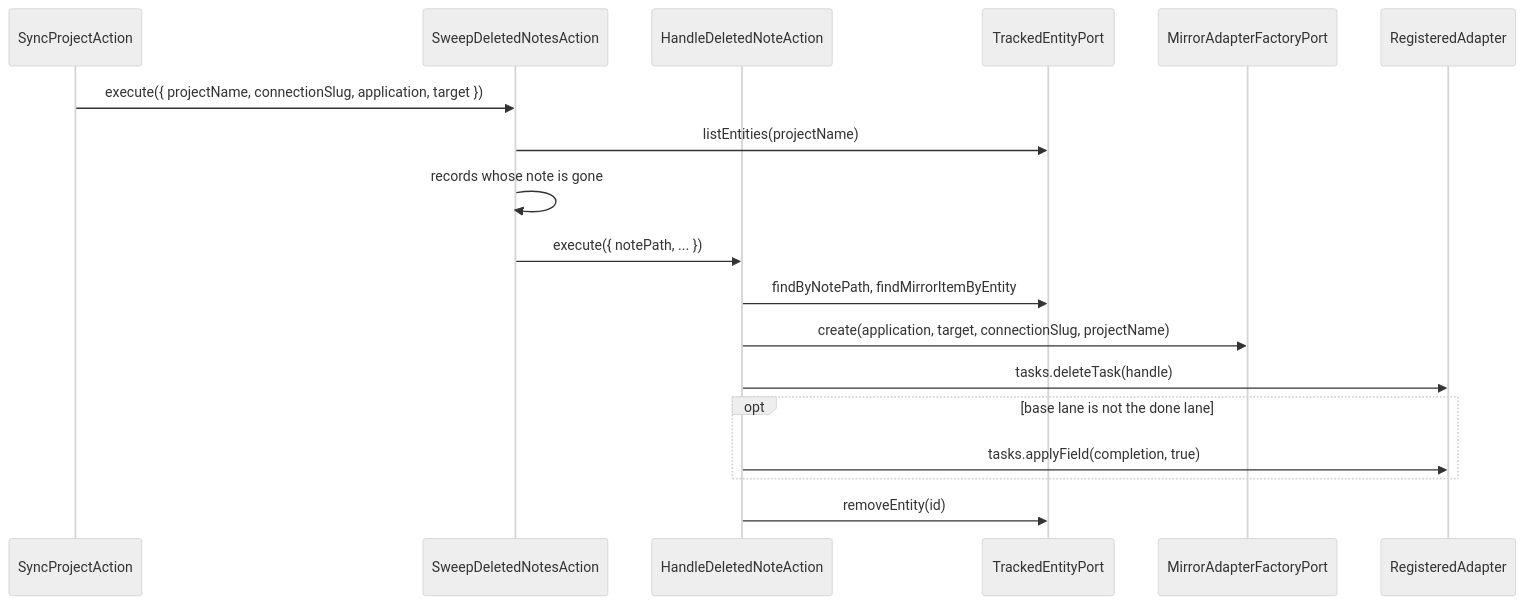
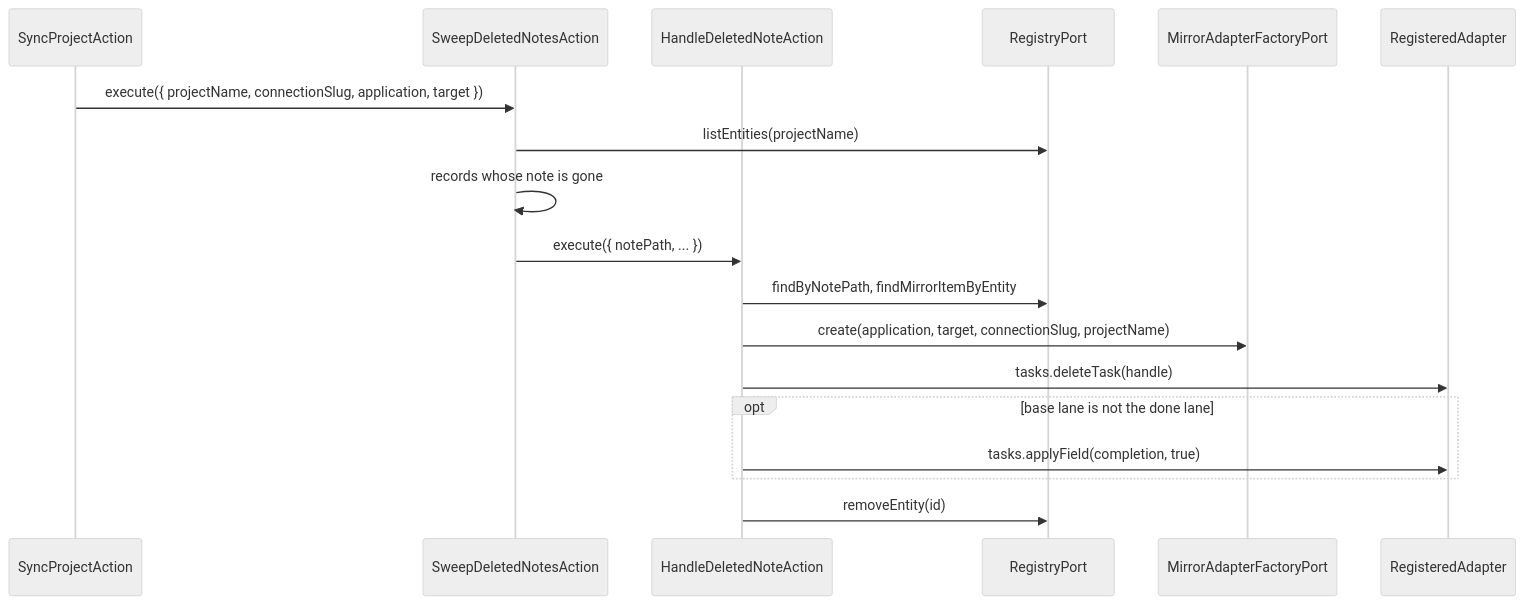
Diagram 16 of 18 in docs/developer-manual.md (99linesofcode/obsidian-project-management), drawn with Mermaid (neutral theme) before and after one commit. The commit also changed other lines of this file and 39 other files, not shown here.

First line of the commit message:
refactor(registry): collapse the registry ports into one RegistryPort

````diff
--- a/docs/developer-manual.md
+++ b/docs/developer-manual.md
@@ -749,21 +749,21 @@
 ```mermaid
 sequenceDiagram
   participant SP as SyncProjectAction
   participant Sweep as SweepDeletedNotesAction
   participant HD as HandleDeletedNoteAction
-  participant SS as TrackedEntityPort
+  participant SS as RegistryPort
   participant F as MirrorAdapterFactoryPort
   participant R as RegisteredAdapter
 
   SP->>Sweep: execute({ projectName, connectionSlug, application, target })
   Sweep->>SS: listEntities(projectName)
   Sweep->>Sweep: records whose note is gone
   Sweep->>HD: execute({ notePath, ... })
   HD->>SS: findByNotePath, findMirrorItemByEntity
   HD->>F: create(application, target, connectionSlug, projectName)
   HD->>R: tasks.deleteTask(handle)
   opt base lane is not the done lane
     HD->>R: tasks.applyField(completion, true)
   end
   HD->>SS: removeEntity(id)
 ```
````
